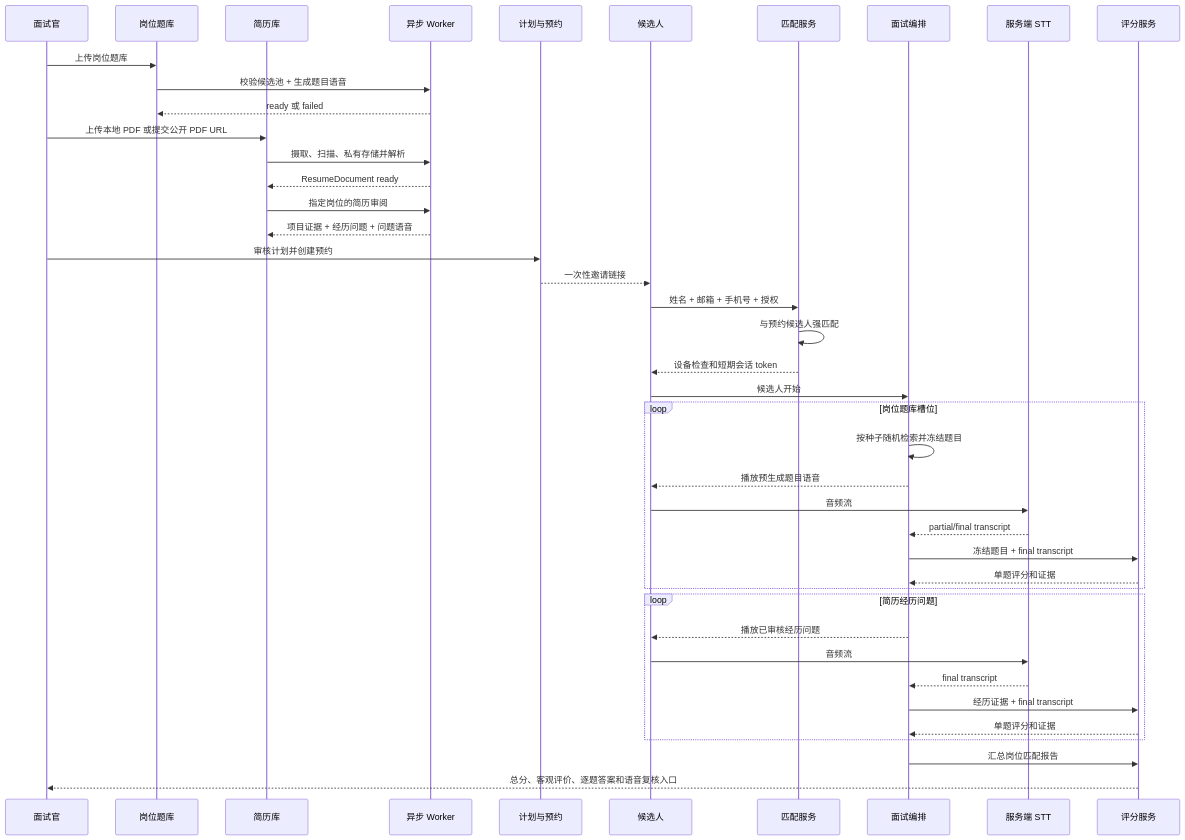
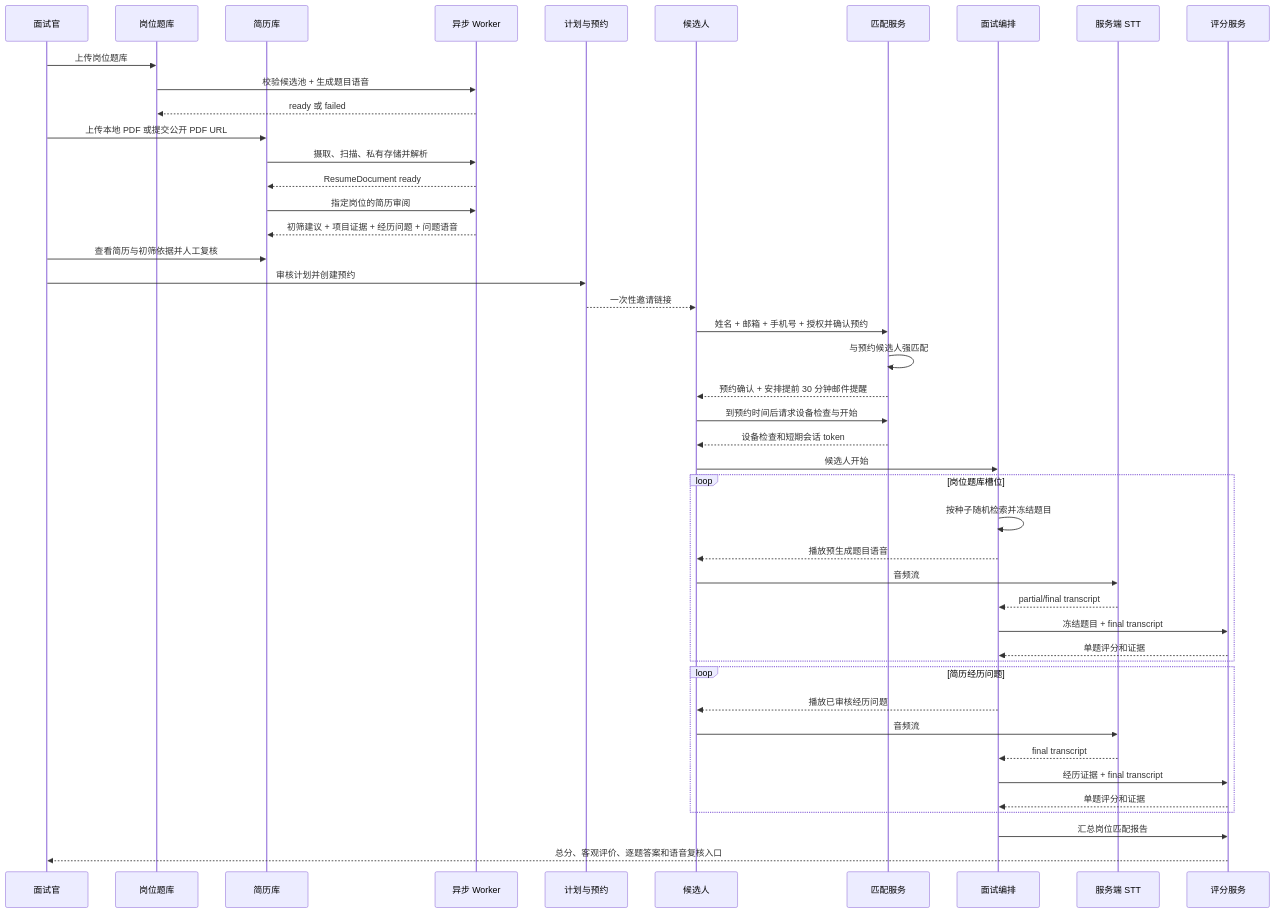
Before and after one commit to zwj19980929-netizen/interview: the second of 2 diagrams in docs/architecture.md, drawn with Mermaid. The commit also changed other lines of this file and 136 other files, not shown here.

````diff
--- a/docs/architecture.md
+++ b/docs/architecture.md
@@ -94,45 +98,48 @@
 ```mermaid
 sequenceDiagram
   participant I as 面试官
   participant KB as 岗位题库
   participant R as 简历库
   participant W as 异步 Worker
   participant P as 计划与预约
   participant C as 候选人
   participant M as 匹配服务
   participant O as 面试编排
   participant S as 服务端 STT
   participant E as 评分服务
 
   I->>KB: 上传岗位题库
   KB->>W: 校验候选池 + 生成题目语音
   W-->>KB: ready 或 failed
   I->>R: 上传本地 PDF 或提交公开 PDF URL
   R->>W: 摄取、扫描、私有存储并解析
   W-->>R: ResumeDocument ready
   R->>W: 指定岗位的简历审阅
-  W-->>R: 项目证据 + 经历问题 + 问题语音
+  W-->>R: 初筛建议 + 项目证据 + 经历问题 + 问题语音
+  I->>R: 查看简历与初筛依据并人工复核
   I->>P: 审核计划并创建预约
   P-->>C: 一次性邀请链接
-  C->>M: 姓名 + 邮箱 + 手机号 + 授权
+  C->>M: 姓名 + 邮箱 + 手机号 + 授权并确认预约
   M->>M: 与预约候选人强匹配
+  M-->>C: 预约确认 + 安排提前 30 分钟邮件提醒
+  C->>M: 到预约时间后请求设备检查与开始
   M-->>C: 设备检查和短期会话 token
   C->>O: 候选人开始
   loop 岗位题库槽位
     O->>O: 按种子随机检索并冻结题目
     O-->>C: 播放预生成题目语音
     C->>S: 音频流
     S-->>O: partial/final transcript
     O->>E: 冻结题目 + final transcript
     E-->>O: 单题评分和证据
   end
   loop 简历经历问题
     O-->>C: 播放已审核经历问题
     C->>S: 音频流
     S-->>O: final transcript
     O->>E: 经历证据 + final transcript
     E-->>O: 单题评分和证据
   end
   O->>E: 汇总岗位匹配报告
   E-->>I: 总分、客观评价、逐题答案和语音复核入口
 ```
````
